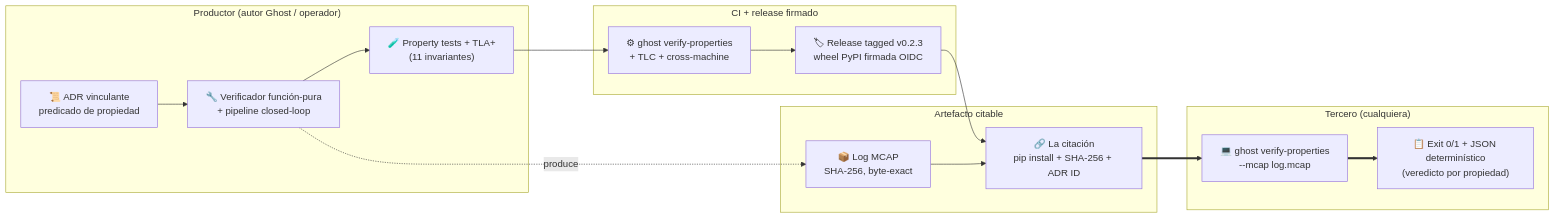
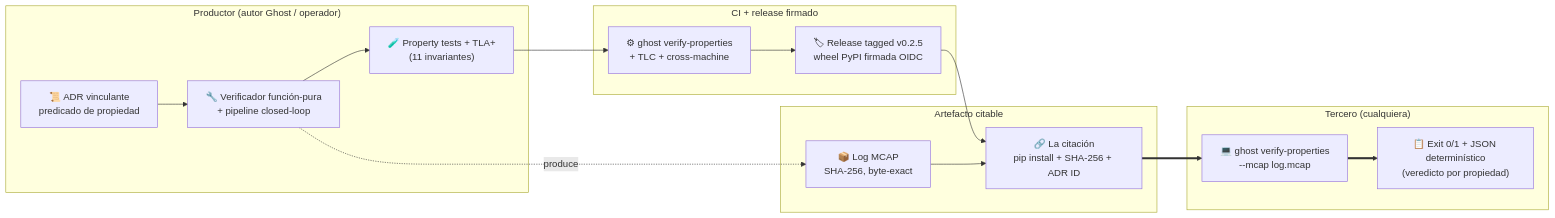
One commit to JFHelvetius/ghost changed the diagram in docs/paper/es/proyecto_ghost_v0_2_ES.md. Above: the diagram before and after it, drawn with Mermaid. The commit also changed other lines of this file and 2 other files, not shown here.

````diff
--- a/docs/paper/es/proyecto_ghost_v0_2_ES.md
+++ b/docs/paper/es/proyecto_ghost_v0_2_ES.md
@@ -256,29 +256,29 @@
 ```mermaid
 flowchart LR
     subgraph P["Productor (autor Ghost / operador)"]
         ADR["📜 ADR vinculante<br/>predicado de propiedad"]
         Code["🔧 Verificador función-pura<br/>+ pipeline closed-loop"]
         Spec["🧪 Property tests + TLA+<br/>(11 invariantes)"]
     end
     subgraph R["CI + release firmado"]
         CIv["⚙ ghost verify-properties<br/>+ TLC + cross-machine"]
-        Tag["🏷 Release tagged v0.2.3<br/>wheel PyPI firmada OIDC"]
+        Tag["🏷 Release tagged v0.2.5<br/>wheel PyPI firmada OIDC"]
     end
     subgraph A["Artefacto citable"]
         MCAP["📦 Log MCAP<br/>SHA-256, byte-exact"]
         Cite["🔗 La citación<br/>pip install + SHA-256 + ADR ID"]
     end
     subgraph V["Tercero (cualquiera)"]
         Cmd["💻 ghost verify-properties<br/>--mcap log.mcap"]
         Out["📋 Exit 0/1 + JSON determinístico<br/>(veredicto por propiedad)"]
     end
     ADR --> Code
     Code --> Spec
     Spec --> CIv
     CIv --> Tag
     Code -. produce .-> MCAP
     Tag --> Cite
     MCAP --> Cite
     Cite ==> Cmd
     Cmd ==> Out
 ```
````
